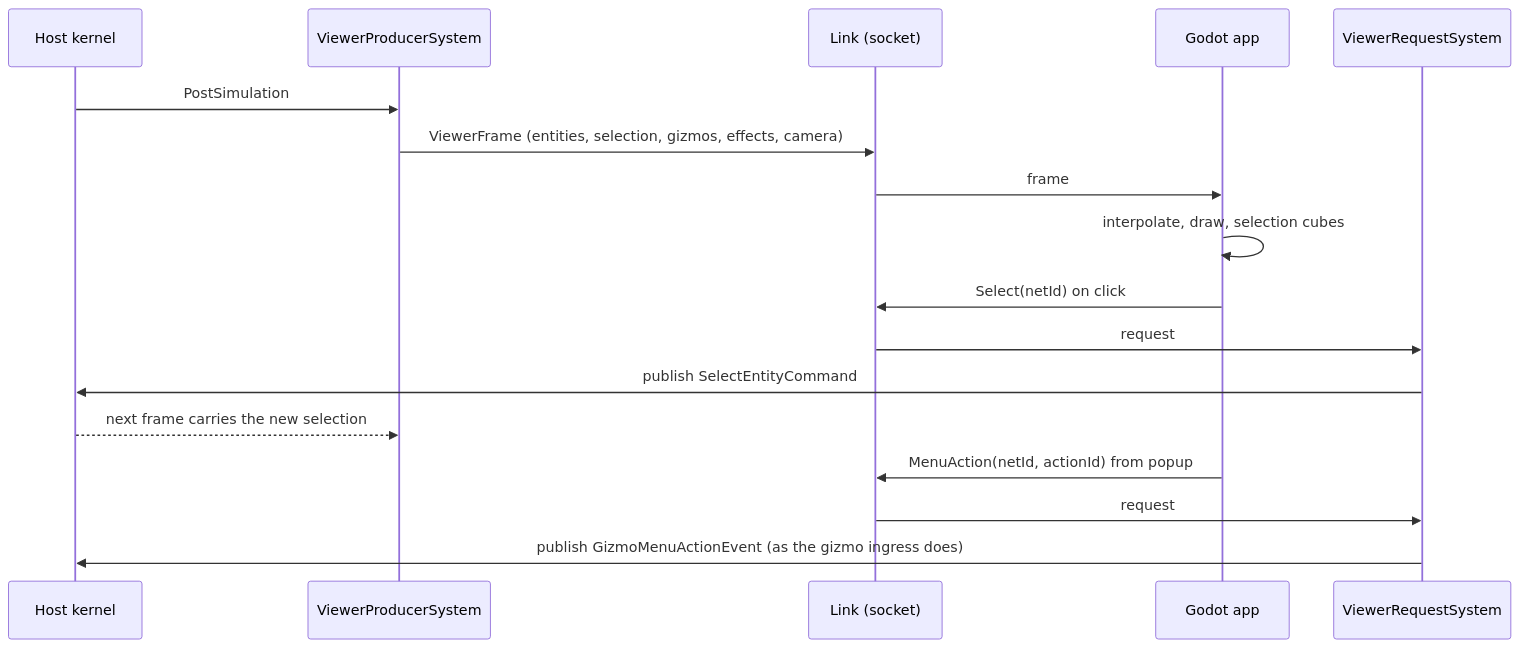
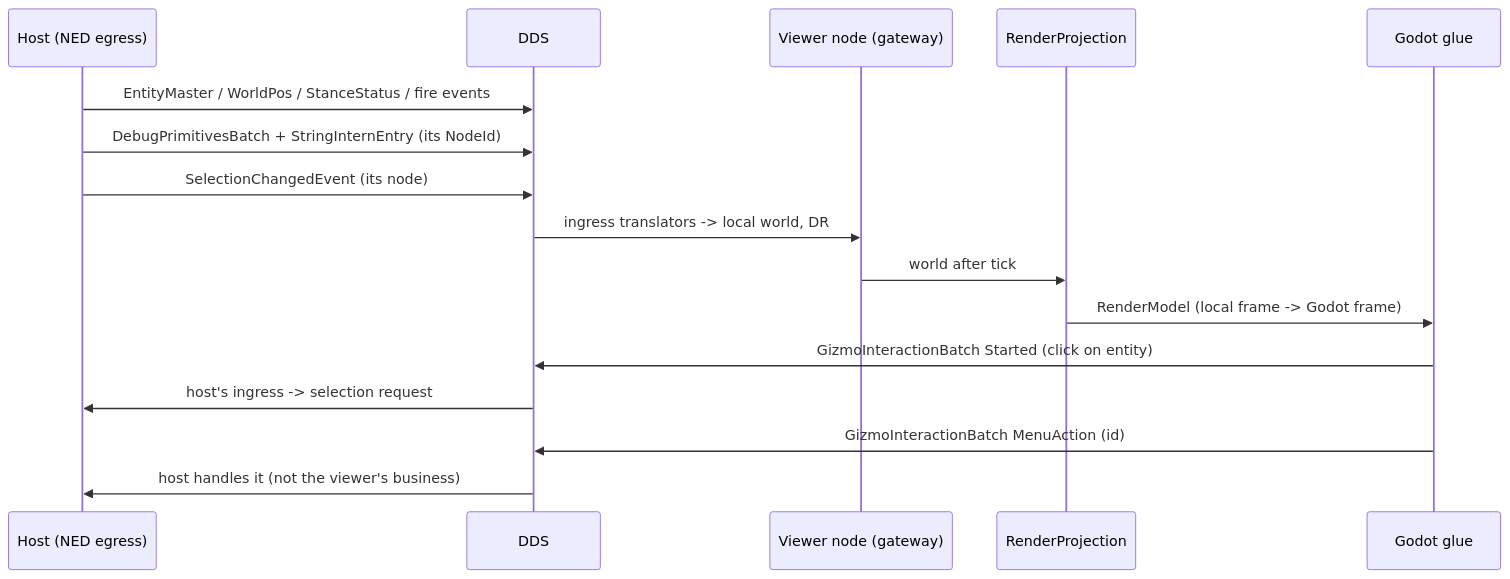
One commit to pjanec/HROT changed the third of 4 diagrams in docs/DESIGN_Godot_3D_Viewer.md. Above: the diagram before and after it, drawn with Mermaid. The commit also changed other lines of this file and 1 other file, not shown here.

````diff
--- a/docs/DESIGN_Godot_3D_Viewer.md
+++ b/docs/DESIGN_Godot_3D_Viewer.md
@@ -206,19 +237,18 @@
 ```mermaid
 sequenceDiagram
-  participant K as Host kernel
-  participant P as ViewerProducerSystem
-  participant L as Link (socket)
-  participant G as Godot app
-  participant R as ViewerRequestSystem
-  K->>P: PostSimulation
-  P->>L: ViewerFrame (entities, selection, gizmos, effects, camera)
-  L->>G: frame
-  G->>G: interpolate, draw, selection cubes
-  G->>L: Select(netId) on click
-  L->>R: request
-  R->>K: publish SelectEntityCommand
-  K-->>P: next frame carries the new selection
-  G->>L: MenuAction(netId, actionId) from popup
-  L->>R: request
-  R->>K: publish GizmoMenuActionEvent (as the gizmo ingress does)
+  participant H as Host (NED egress)
+  participant D as DDS
+  participant V as Viewer node (gateway)
+  participant P as RenderProjection
+  participant G as Godot glue
+  H->>D: EntityMaster / WorldPos / StanceStatus / fire events
+  H->>D: DebugPrimitivesBatch + StringInternEntry (its NodeId)
+  H->>D: SelectionChangedEvent (its node)
+  D->>V: ingress translators -> local world, DR
+  V->>P: world after tick
+  P->>G: RenderModel (local frame -> Godot frame)
+  G->>D: GizmoInteractionBatch Started (click on entity)
+  D->>H: host's ingress -> selection request
+  G->>D: GizmoInteractionBatch MenuAction (id)
+  D->>H: host handles it (not the viewer's business)
 ```
````
